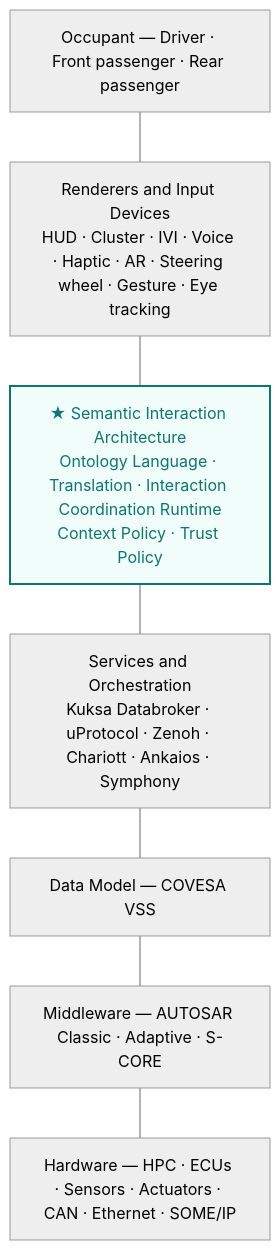
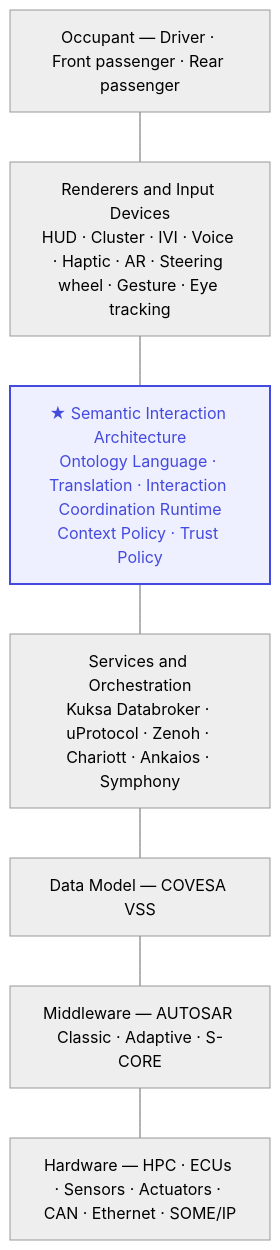
One commit to yaneczech/SIA changed the first of 3 diagrams in 01_Semantic-Interaction-Architecture-sdv.md. Above: the diagram before and after it, drawn with Mermaid (neutral theme). The commit also changed other lines of this file and 9 other files, not shown here.

````diff
--- a/01_Semantic-Interaction-Architecture-sdv.md
+++ b/01_Semantic-Interaction-Architecture-sdv.md
@@ -58,19 +60,19 @@
 ```mermaid
 graph TB
     OCC["Occupant — Driver · Front passenger · Rear passenger"]
     HMI["Renderers and Input Devices\nHUD · Cluster · IVI · Voice · Haptic · AR · Steering wheel · Gesture · Eye tracking"]
     SIA["★ Semantic Interaction Architecture\nOntology Language · Translation · Interaction Coordination Runtime\nContext Policy · Trust Policy"]
     SVC["Services and Orchestration\nKuksa Databroker · uProtocol · Zenoh · Chariott · Ankaios · Symphony"]
     DAT["Data Model — COVESA VSS"]
     MW["Middleware — AUTOSAR Classic · Adaptive · S-CORE"]
     HW["Hardware — HPC · ECUs · Sensors · Actuators · CAN · Ethernet · SOME/IP"]
 
     OCC --- HMI
     HMI --- SIA
     SIA --- SVC
     SVC --- DAT
     DAT --- MW
     MW --- HW
 
-    style SIA fill:#f0fdfa,stroke:#0f766e,stroke-width:2px,color:#0f766e
+    style SIA fill:#eef0ff,stroke:#454ADE,stroke-width:2px,color:#454ADE
 ```
````
